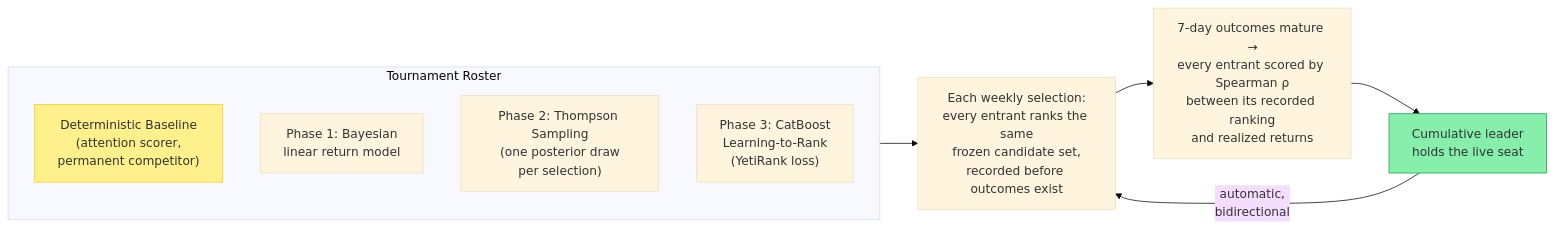
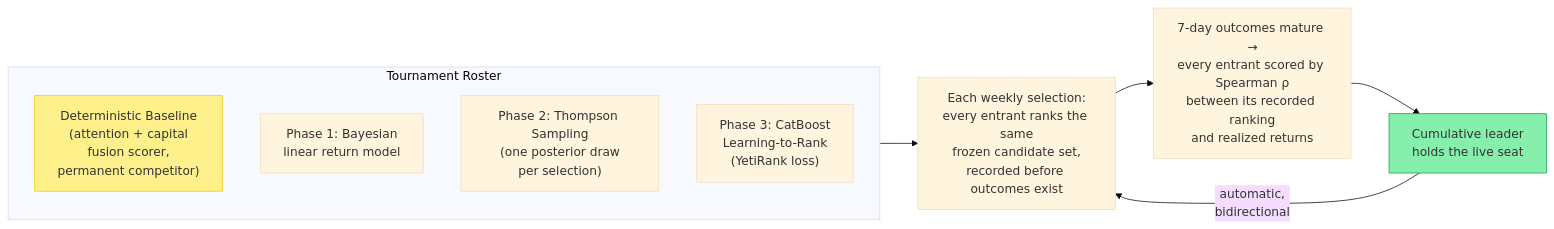
The fourth of 7 diagrams in docs/technical-architecture/ai-architecture.md (Miko-Protocol/docs), drawn with Mermaid (base theme) before and after one commit. The commit also changed other lines of this file and 8 other files, not shown here.

````diff
--- a/docs/technical-architecture/ai-architecture.md
+++ b/docs/technical-architecture/ai-architecture.md
@@ -203,15 +205,15 @@
 ```mermaid
 graph LR
     subgraph R["Tournament Roster"]
-        R0["Deterministic Baseline<br/>(attention scorer,<br/>permanent competitor)"]
+        R0["Deterministic Baseline<br/>(attention + capital<br/>fusion scorer,<br/>permanent competitor)"]
         R1["Phase 1: Bayesian<br/>linear return model"]
         R2["Phase 2: Thompson Sampling<br/>(one posterior draw<br/>per selection)"]
         R3["Phase 3: CatBoost<br/>Learning-to-Rank<br/>(YetiRank loss)"]
     end
     R --> S["Each weekly selection:<br/>every entrant ranks the same<br/>frozen candidate set,<br/>recorded before outcomes exist"]
     S --> E["7-day outcomes mature →<br/>every entrant scored by Spearman ρ<br/>between its recorded ranking<br/>and realized returns"]
     E --> C["Cumulative leader<br/>holds the live seat"]
     C -->|"automatic,<br/>bidirectional"| S
     style R0 fill:#fef08a,stroke:#facc15
     style C fill:#86efac,stroke:#16a34a
 ```
````
